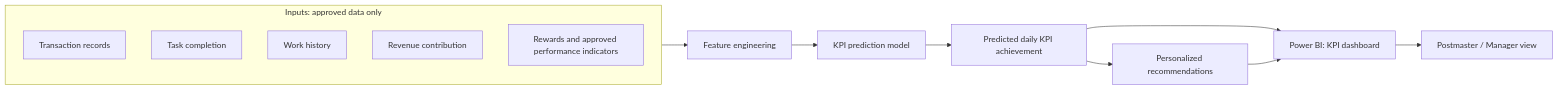
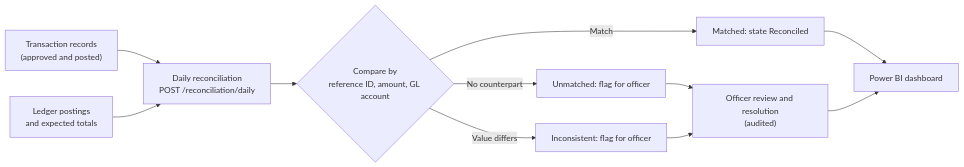
One commit to GUNAWARADANANCA/J26-IT-372 changed the eighth of 10 diagrams in README.md. Above: the diagram before and after it, drawn with Mermaid. The commit also changed other lines of this file, not shown here.

````diff
--- a/README.md
+++ b/README.md
@@ -593,17 +462,13 @@
-``` mermaid
+```mermaid
 flowchart LR
-    subgraph IN["Inputs: approved data only"]
-        I1["Transaction records"]
-        I2["Task completion"]
-        I3["Work history"]
-        I4["Revenue contribution"]
-        I5["Rewards and approved performance indicators"]
-    end
-    IN --> FE["Feature engineering"]
-    FE --> MD["KPI prediction model"]
-    MD --> PR["Predicted daily KPI achievement"]
-    PR --> RC["Personalized recommendations"]
-    PR --> DB["Power BI: KPI dashboard"]
-    RC --> DB
-    DB --> MGR["Postmaster / Manager view"]
+    T["Transaction records<br/>(approved and posted)"] --> C["Daily reconciliation<br/>POST /reconciliation/daily"]
+    L["Ledger postings<br/>and expected totals"] --> C
+    C --> M{"Compare by<br/>reference ID, amount, GL account"}
+    M -- "Match" --> OK["Matched: state Reconciled"]
+    M -- "No counterpart" --> UN["Unmatched: flag for officer"]
+    M -- "Value differs" --> IN["Inconsistent: flag for officer"]
+    UN --> RV["Officer review and resolution<br/>(audited)"]
+    IN --> RV
+    OK --> DASH["Power BI dashboard"]
+    RV --> DASH
 ```
````
